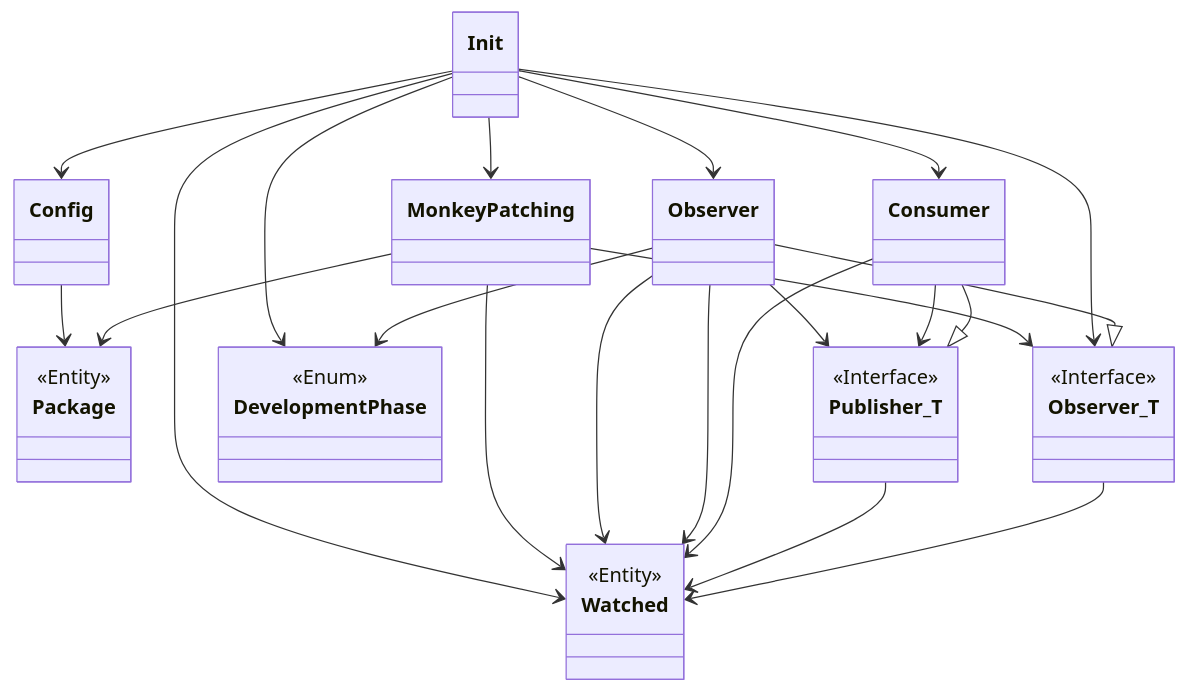
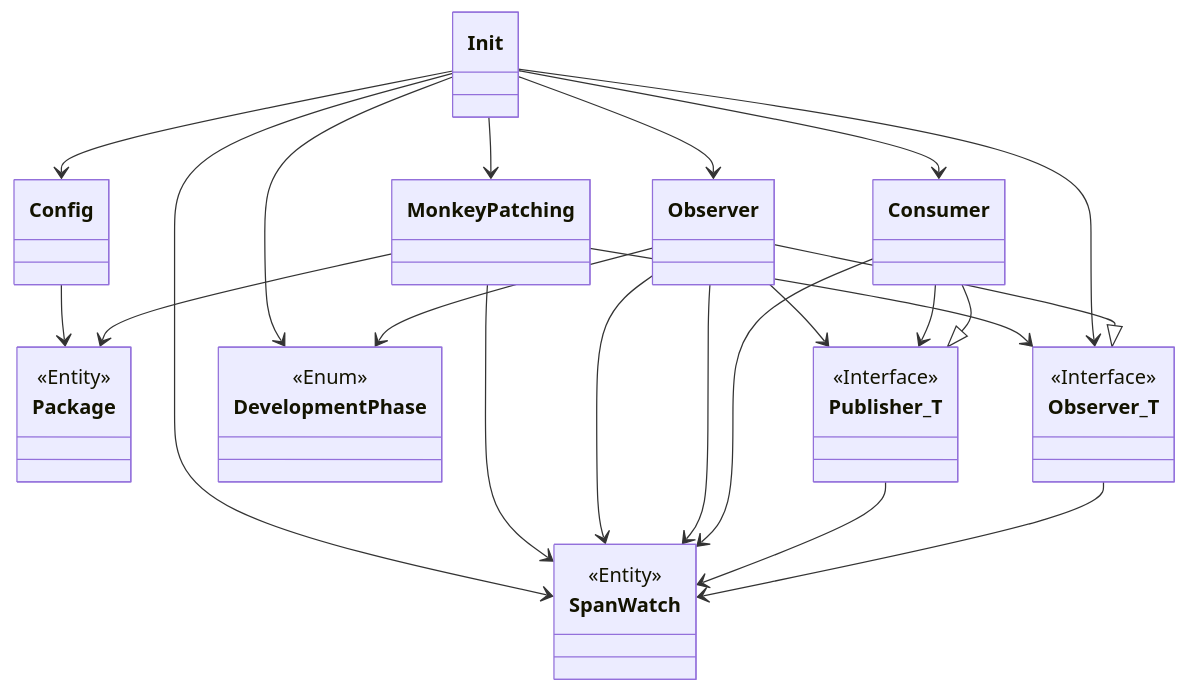
One commit to nebuly-ai/nebuly-sdk changed the diagram in README.md. Above: the diagram before and after it, drawn with Mermaid. The commit also changed 14 other files, not shown here.

````diff
--- a/README.md
+++ b/README.md
@@ -14,29 +14,29 @@
 ```mermaid
 classDiagram
     Init --> Config
     Config --> Package
     Init --> MonkeyPatching
     MonkeyPatching --> Observer_T
     Init --> Observer
     Init --> Consumer
     Init --> DevelopmentPhase
-    Init --> Watched
+    Init --> SpanWatch
     Init --> Observer_T
     MonkeyPatching --> Package
-    MonkeyPatching --> Watched
+    MonkeyPatching --> SpanWatch
     Observer --> DevelopmentPhase
-    Observer --> Watched
+    Observer --> SpanWatch
     Observer --> Publisher_T
-    Observer --> Watched
-    Consumer --> Watched
+    Observer --> SpanWatch
+    Consumer --> SpanWatch
     Consumer --> Publisher_T
     Observer --|> Observer_T
     Consumer --|> Publisher_T
-    Publisher_T --> Watched
-    Observer_T --> Watched
+    Publisher_T --> SpanWatch
+    Observer_T --> SpanWatch
     <<Interface>> Publisher_T
     <<Interface>> Observer_T
     <<Entity>> Package
-    <<Entity>> Watched
+    <<Entity>> SpanWatch
     <<Enum>> DevelopmentPhase
 ```
````
